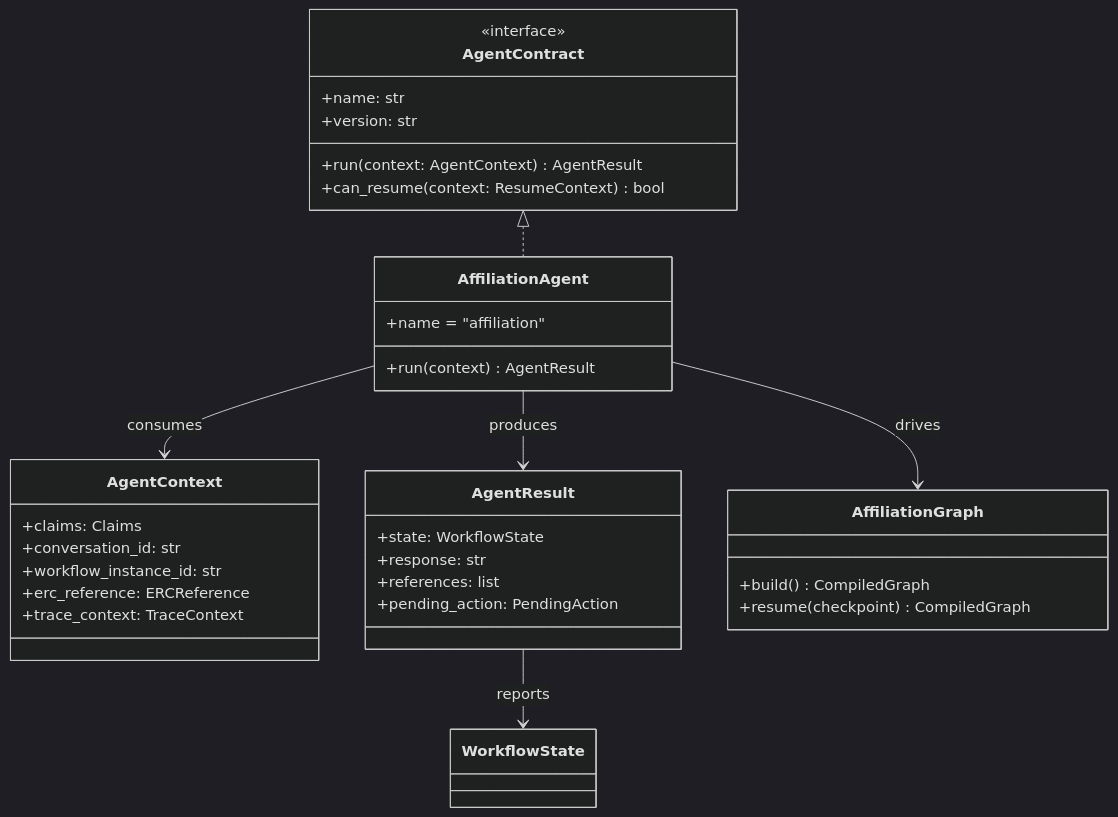
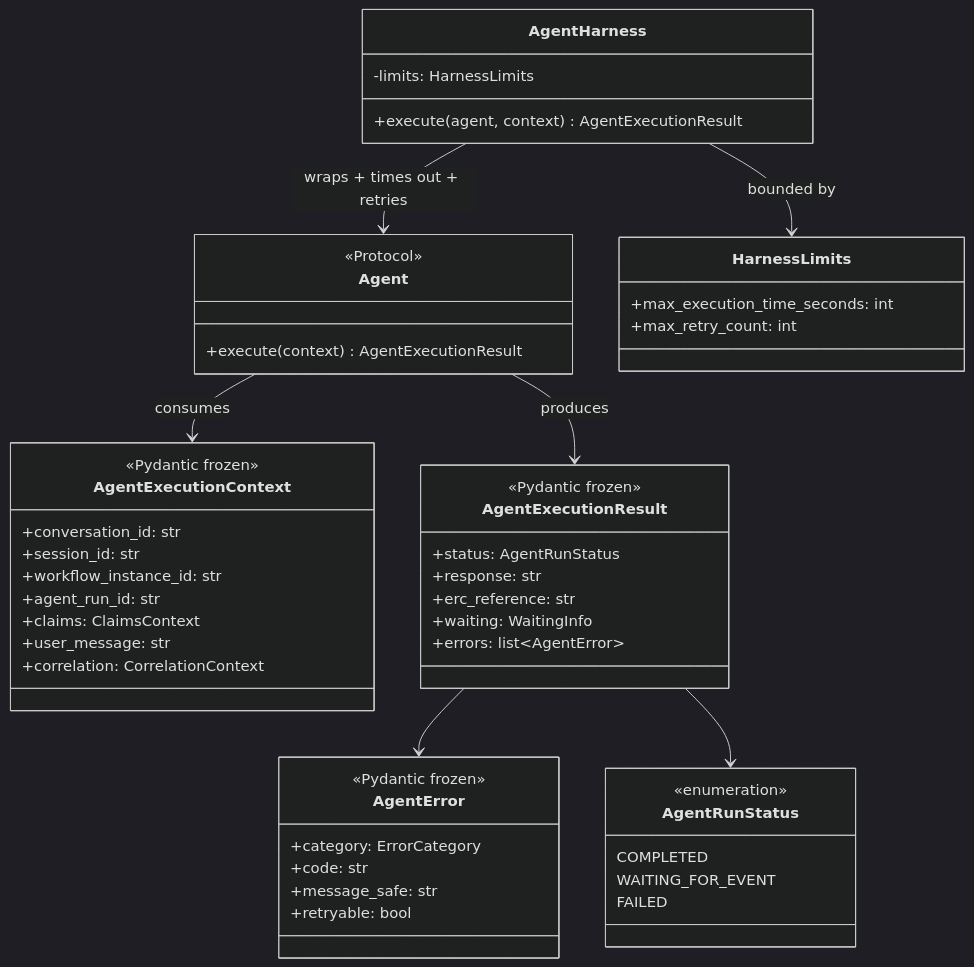
Diagram 23 of 38 in docs/ppt/c4-architecture-diagrams.md (gobimca87/PF-FT), drawn with Mermaid (dark theme) before and after one commit. The commit also changed other lines of this file, not shown here.

First line of the commit message:
docs(architecture): restructure C4 to start high-level; deepen L4

````diff
--- a/docs/ppt/c4-architecture-diagrams.md
+++ b/docs/ppt/c4-architecture-diagrams.md
@@ -913,36 +1126,52 @@
 ```mermaid
 classDiagram
-    class AgentContract {
-        <<interface>>
-        +name: str
-        +version: str
-        +run(context: AgentContext) AgentResult
-        +can_resume(context: ResumeContext) bool
+    class Agent {
+        <<Protocol>>
+        +execute(context) AgentExecutionResult
     }
-    class AgentContext {
-        +claims: Claims
+    class AgentHarness {
+        -limits: HarnessLimits
+        +execute(agent, context) AgentExecutionResult
+    }
+    class HarnessLimits {
+        +max_execution_time_seconds: int
+        +max_retry_count: int
+    }
+    class AgentExecutionContext {
+        <<Pydantic frozen>>
         +conversation_id: str
+        +session_id: str
         +workflow_instance_id: str
-        +erc_reference: ERCReference
-        +trace_context: TraceContext
+        +agent_run_id: str
+        +claims: ClaimsContext
+        +user_message: str
+        +correlation: CorrelationContext
     }
-    class AgentResult {
-        +state: WorkflowState
+    class AgentExecutionResult {
+        <<Pydantic frozen>>
+        +status: AgentRunStatus
         +response: str
-        +references: list
-        +pending_action: PendingAction
+        +erc_reference: str
+        +waiting: WaitingInfo
+        +errors: list~AgentError~
     }
-    class AffiliationAgent {
-        +name = "affiliation"
-        +run(context) AgentResult
+    class AgentError {
+        <<Pydantic frozen>>
+        +category: ErrorCategory
+        +code: str
+        +message_safe: str
+        +retryable: bool
     }
-    class AffiliationGraph {
-        +build() CompiledGraph
-        +resume(checkpoint) CompiledGraph
+    class AgentRunStatus {
+        <<enumeration>>
+        COMPLETED
+        WAITING_FOR_EVENT
+        FAILED
     }
-    AgentContract <|.. AffiliationAgent
-    AffiliationAgent --> AffiliationGraph : drives
-    AffiliationAgent --> AgentContext : consumes
-    AffiliationAgent --> AgentResult : produces
-    AgentResult --> WorkflowState : reports
+    AgentHarness --> Agent : wraps + times out + retries
+    AgentHarness --> HarnessLimits : bounded by
+    Agent --> AgentExecutionContext : consumes
+    Agent --> AgentExecutionResult : produces
+    AgentExecutionResult --> AgentError
+    AgentExecutionResult --> AgentRunStatus
 ```
````
